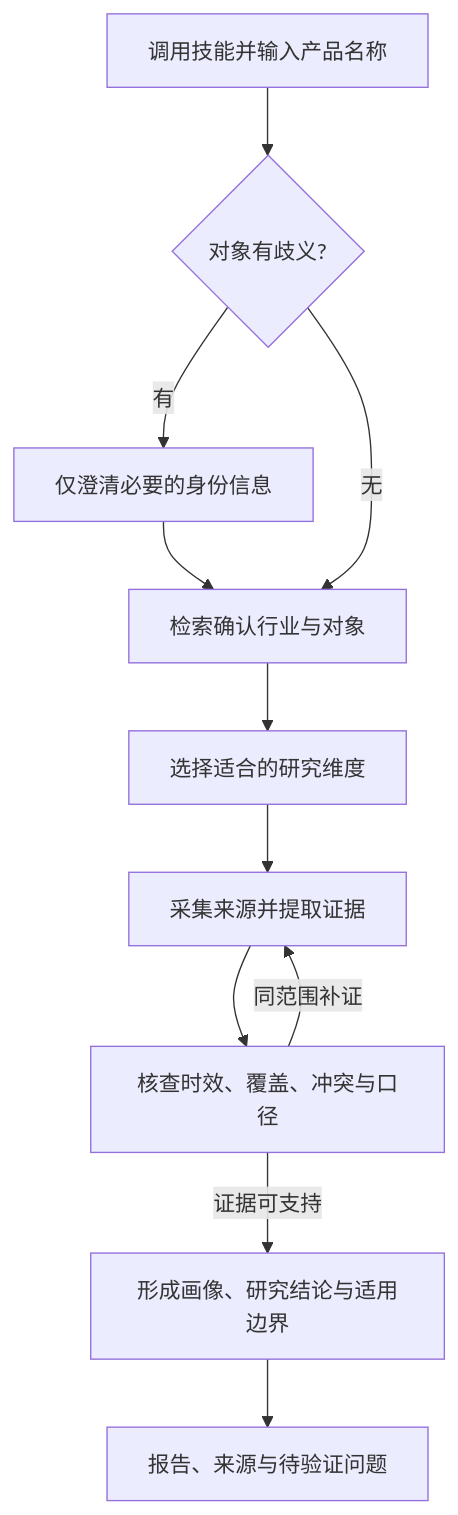
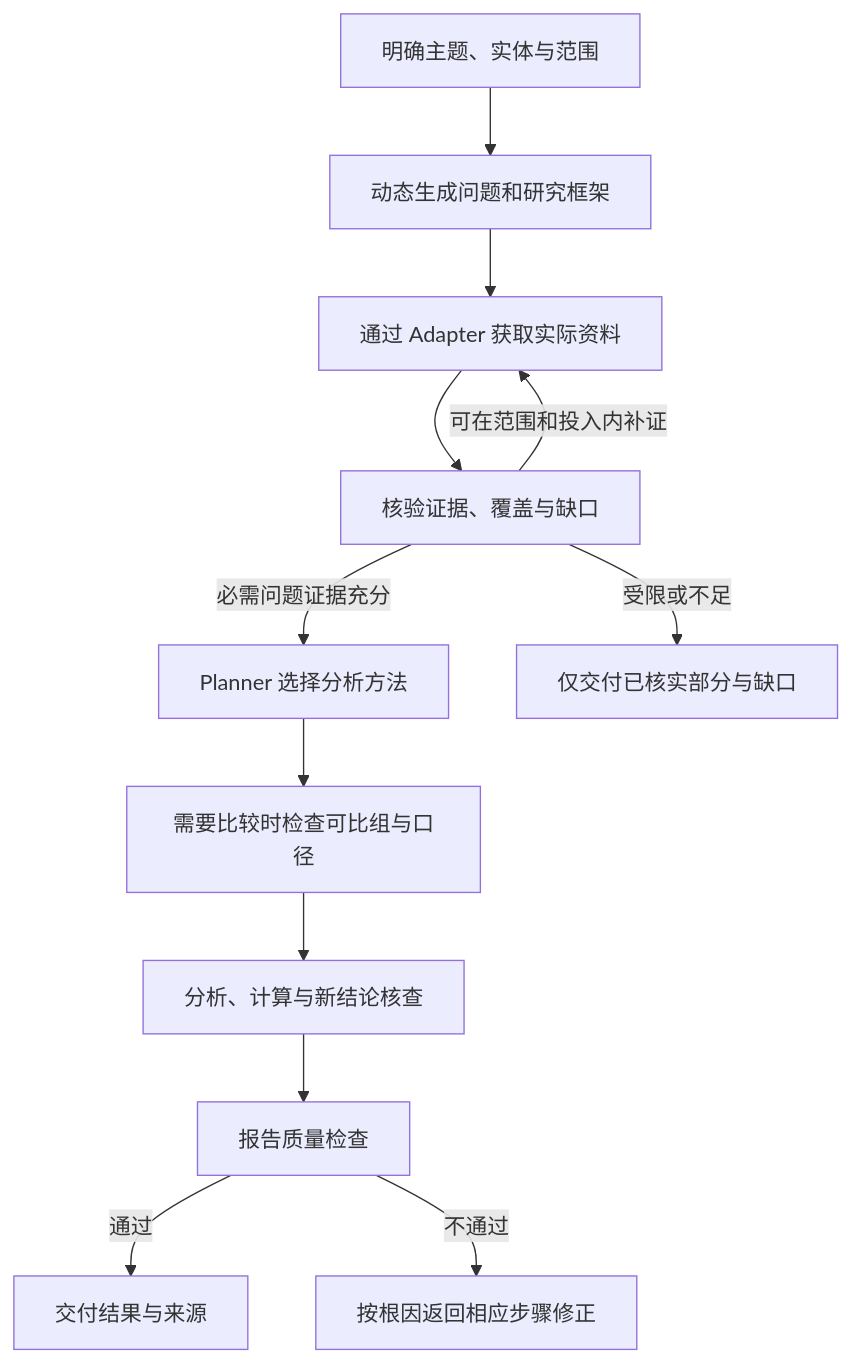
The diagram in README.md (sakura1412/steal-her-heart), drawn with Mermaid before and after one commit. The commit also changed other lines of this file and 150 other files, not shown here.

````diff
--- a/README.md
+++ b/README.md
@@ -197,13 +75,14 @@
 ```mermaid
 flowchart TD
-    A[调用技能并输入产品名称] --> B{对象有歧义?}
-    B -->|有| C[仅澄清必要的身份信息]
-    C --> D[检索确认行业与对象]
-    B -->|无| D
-    D --> E[选择适合的研究维度]
-    E --> F[采集来源并提取证据]
-    F --> G[核查时效、覆盖、冲突与口径]
-    G -->|同范围补证| F
-    G -->|证据可支持| H[形成画像、研究结论与适用边界]
-    H --> I[报告、来源与待验证问题]
+    A[明确主题、实体与范围] --> B[动态生成问题和研究框架]
+    B --> C[通过 Adapter 获取实际资料]
+    C --> D[核验证据、覆盖与缺口]
+    D -->|可在范围和投入内补证| C
+    D -->|必需问题证据充分| E[Planner 选择分析方法]
+    D -->|受限或不足| L[仅交付已核实部分与缺口]
+    E --> F[需要比较时检查可比组与口径]
+    F --> G[分析、计算与新结论核查]
+    G --> H[报告质量检查]
+    H -->|通过| I[交付结果与来源]
+    H -->|不通过| J[按根因返回相应步骤修正]
 ```
````
